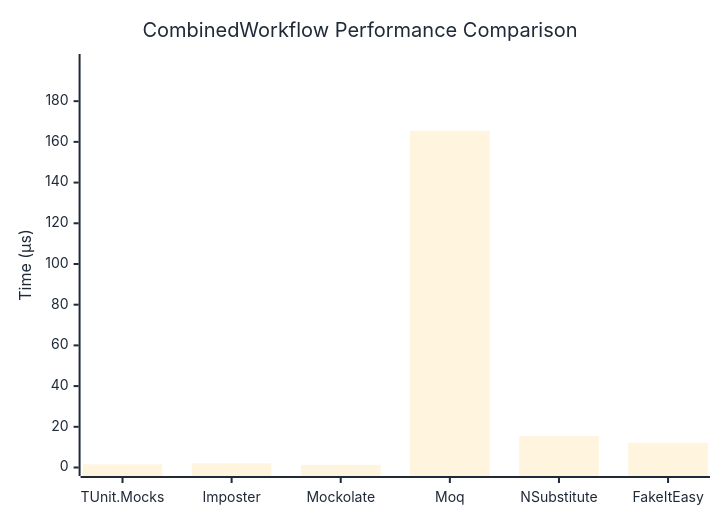
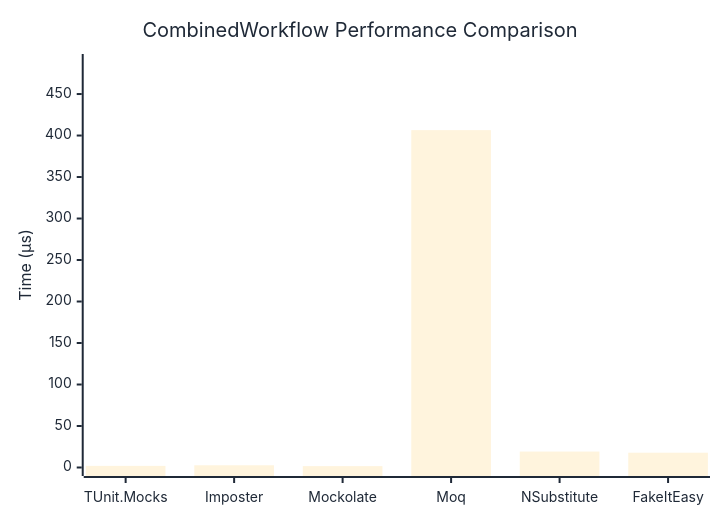
The diagram in docs/docs/benchmarks/mocks/CombinedWorkflow.md (thomhurst/TUnit), drawn with Mermaid before and after one commit. The commit also changed other lines of this file and 14 other files, not shown here.

````diff
--- a/docs/docs/benchmarks/mocks/CombinedWorkflow.md
+++ b/docs/docs/benchmarks/mocks/CombinedWorkflow.md
@@ -30,27 +30,27 @@
 ```mermaid
 %%{init: {
   'theme':'base',
   'themeVariables': {
     'primaryColor': '#2563eb',
     'primaryTextColor': '#1f2937',
     'primaryBorderColor': '#1e40af',
     'lineColor': '#6b7280',
     'secondaryColor': '#7c3aed',
     'tertiaryColor': '#dc2626',
     'background': '#ffffff',
     'pie1': '#2563eb',
     'pie2': '#7c3aed',
     'pie3': '#dc2626',
     'pie4': '#f59e0b',
     'pie5': '#10b981',
     'pie6': '#06b6d4',
     'pie7': '#ec4899',
     'pie8': '#6366f1'
   }
 }}%%
 xychart-beta
   title "CombinedWorkflow Performance Comparison"
   x-axis ["TUnit.Mocks", "Imposter", "Mockolate", "Moq", "NSubstitute", "FakeItEasy"]
-  y-axis "Time (μs)" 0 --> 199
-  bar [1.558, 2.044, 1.34, 165.445, 15.396, 12.136]
+  y-axis "Time (μs)" 0 --> 488
+  bar [1.956, 2.684, 1.663, 406.492, 19.215, 17.813]
 ```
````
